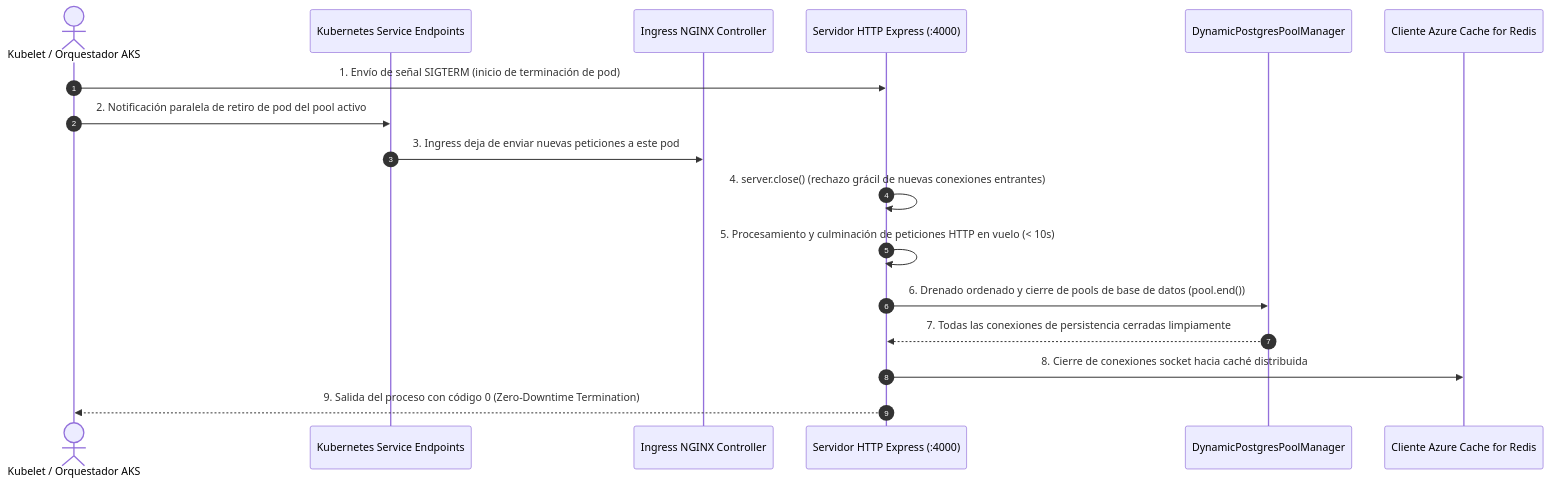
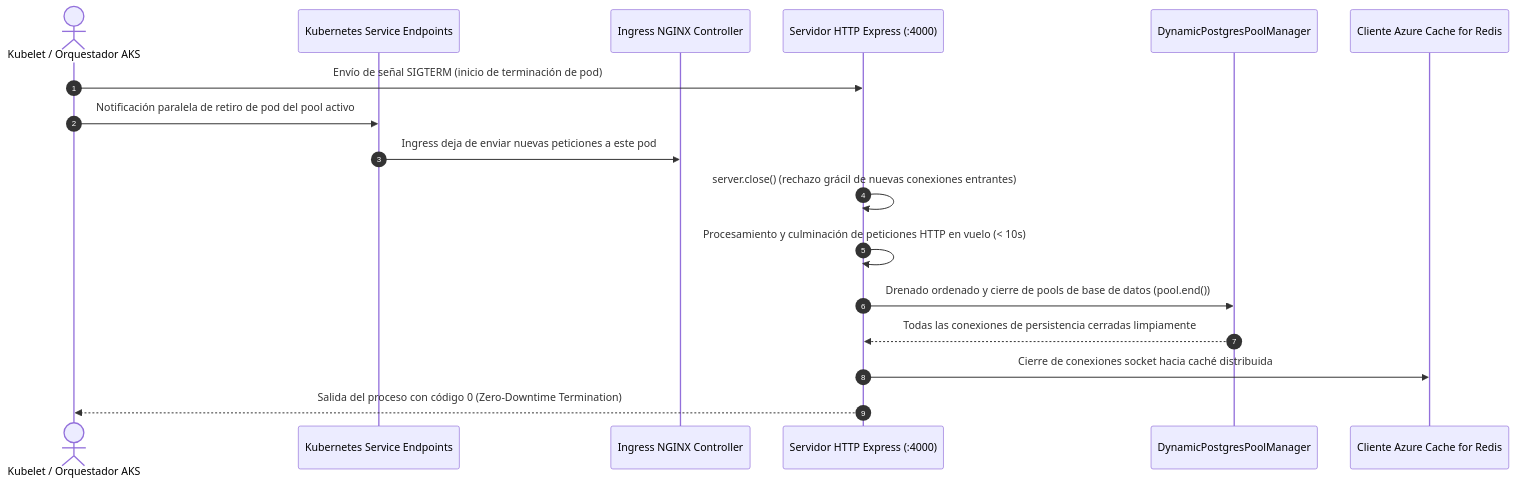
The third of 3 diagrams in docs/showcase/08-distributed-observability.md (angelpixel-core/identity-service), drawn with Mermaid before and after one commit. The commit also changed other lines of this file, not shown here.

Commit message:
docs(showcase): align US-22 UML A/B sections and CLI-first health probes walkthrough

````diff
--- a/docs/showcase/08-distributed-observability.md
+++ b/docs/showcase/08-distributed-observability.md
@@ -484,20 +484,20 @@
 ```mermaid
 sequenceDiagram
     autonumber
     actor Kubelet as Kubelet / Orquestador AKS
     participant Endpoints as Kubernetes Service Endpoints
     participant Ingress as Ingress NGINX Controller
     participant App as Servidor HTTP Express (:4000)
     participant DBPool as DynamicPostgresPoolManager
     participant Redis as Cliente Azure Cache for Redis
 
-    Kubelet->>App: 1. Envío de señal SIGTERM (inicio de terminación de pod)
-    Kubelet->>Endpoints: 2. Notificación paralela de retiro de pod del pool activo
-    Endpoints->>Ingress: 3. Ingress deja de enviar nuevas peticiones a este pod
-    App->>App: 4. server.close() (rechazo grácil de nuevas conexiones entrantes)
-    App->>App: 5. Procesamiento y culminación de peticiones HTTP en vuelo (< 10s)
-    App->>DBPool: 6. Drenado ordenado y cierre de pools de base de datos (pool.end())
-    DBPool-->>App: 7. Todas las conexiones de persistencia cerradas limpiamente
-    App->>Redis: 8. Cierre de conexiones socket hacia caché distribuida
-    App-->>Kubelet: 9. Salida del proceso con código 0 (Zero-Downtime Termination)
+    Kubelet->>App: Envío de señal SIGTERM (inicio de terminación de pod)
+    Kubelet->>Endpoints: Notificación paralela de retiro de pod del pool activo
+    Endpoints->>Ingress: Ingress deja de enviar nuevas peticiones a este pod
+    App->>App: server.close() (rechazo grácil de nuevas conexiones entrantes)
+    App->>App: Procesamiento y culminación de peticiones HTTP en vuelo (< 10s)
+    App->>DBPool: Drenado ordenado y cierre de pools de base de datos (pool.end())
+    DBPool-->>App: Todas las conexiones de persistencia cerradas limpiamente
+    App->>Redis: Cierre de conexiones socket hacia caché distribuida
+    App-->>Kubelet: Salida del proceso con código 0 (Zero-Downtime Termination)
 ```
````
